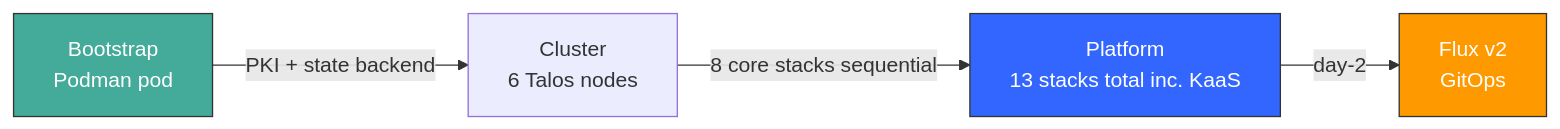
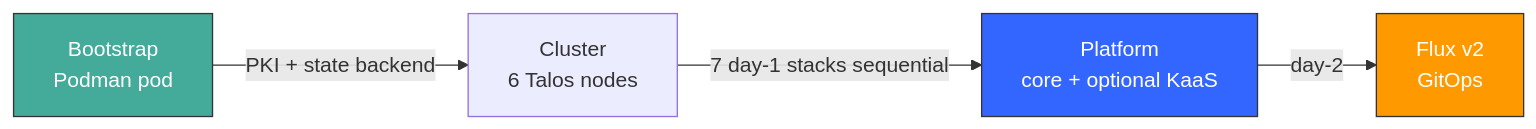
Before and after one commit to Destynova2/st4ck: the diagram in README.md, drawn with Mermaid. The commit also changed other lines of this file and 25 other files, not shown here.

````diff
--- a/README.md
+++ b/README.md
@@ -9,10 +9,10 @@
 ```mermaid
 graph LR
     B[Bootstrap<br/>Podman pod] -->|PKI + state backend| C[Cluster<br/>6 Talos nodes]
-    C -->|8 core stacks sequential| K[Platform<br/>13 stacks total inc. KaaS]
+    C -->|7 day-1 stacks sequential| K[Platform<br/>core + optional KaaS]
     K -->|day-2| F[Flux v2<br/>GitOps]
 
     style B fill:#4a9,stroke:#333,color:#fff
     style K fill:#36f,stroke:#333,color:#fff
     style F fill:#f90,stroke:#333,color:#fff
 ```
````
